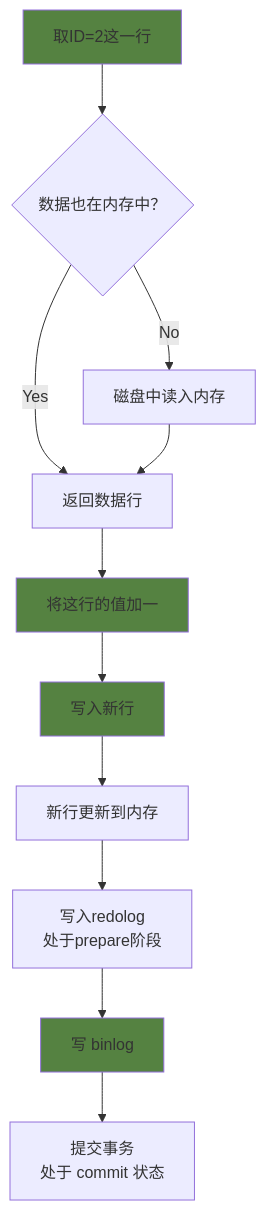
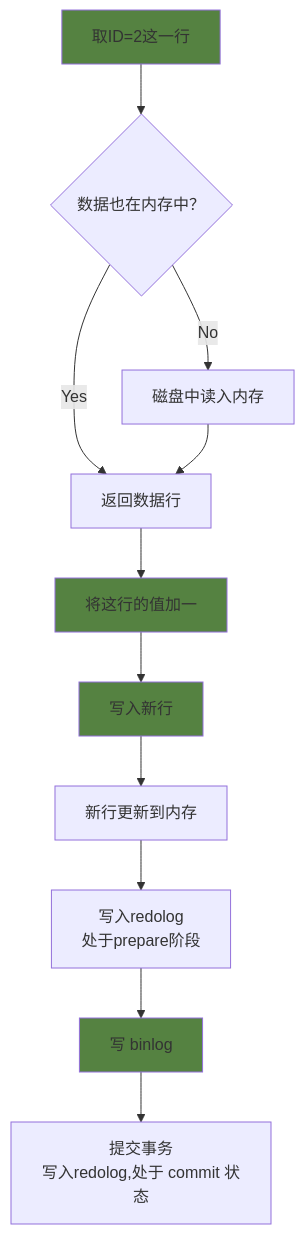
One commit to wgzhao/notes changed the second of 8 diagrams in docs/courses/mysql-lecture/mysql-practices-lecture-45-1.md. Above: the diagram before and after it, drawn with Mermaid. The commit also changed other lines of this file and 8 other files, not shown here.

````diff
--- a/docs/courses/mysql-lecture/mysql-practices-lecture-45-1.md
+++ b/docs/courses/mysql-lecture/mysql-practices-lecture-45-1.md
@@ -307,14 +300,14 @@
 ```mermaid
-flowchart TD
+flowchart TB
 	%% define node
 	
 	A["取ID=2这一行"]:::heavygreen --> B{"数据也在内存中？"}
 	B -->|Yes| C["返回数据行"]
 	C -->D["将这行的值加一"]:::heavygreen --> E["写入新行"]:::heavygreen --> F["新行更新到内存"]
 	F --> G["写入redolog<br/>处于prepare阶段"]
-	G --> H["写 binlog"]:::heavygreen --> I["提交事务<br/>处于 commit 状态"]
+	G --> H["写 binlog"]:::heavygreen --> I["提交事务<br/>写入redolog,处于 commit 状态"]
 	
 	B -->|No| M["磁盘中读入内存"] --> C
 	
 	classDef heavygreen fill:#558241
 ```
````
